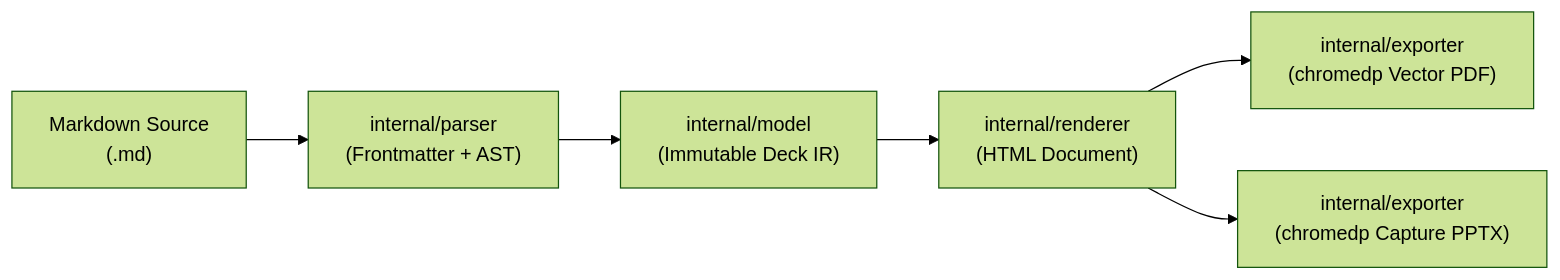
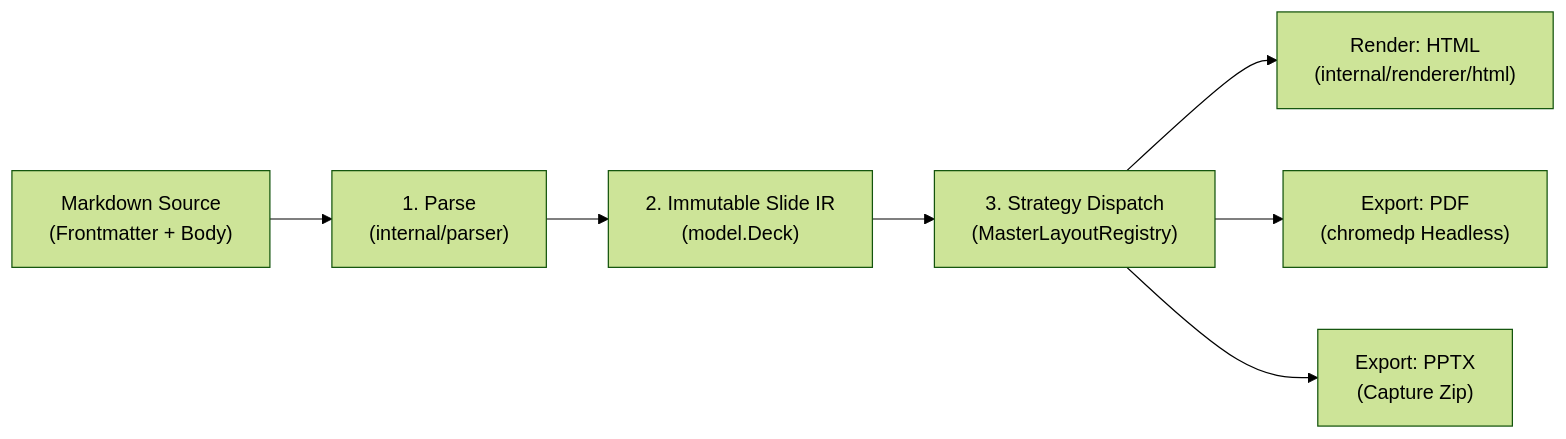
Before and after one commit to joincdream/goslide: the diagram in docs/okf/core-architecture.md, drawn with Mermaid (forest theme). The commit also changed other lines of this file and 19 other files, not shown here.

First line of the commit message:
feat(mermaid): implement responsive rendering, modern presentation theme, and KaTeX math support

````diff
--- a/docs/okf/core-architecture.md
+++ b/docs/okf/core-architecture.md
@@ -26,8 +23,9 @@
 ```mermaid
 flowchart LR
-    Source["Markdown Source\n(.md)"] --> Parser["internal/parser\n(Frontmatter + AST)"]
-    Parser --> Model["internal/model\n(Immutable Deck IR)"]
-    Model --> HTML["internal/renderer\n(HTML Document)"]
-    HTML --> PDF["internal/exporter\n(chromedp Vector PDF)"]
-    HTML --> PPTX["internal/exporter\n(chromedp Capture PPTX)"]
+    MD["Markdown Source\n(Frontmatter + Body)"] --> PARSE["1. Parse\n(internal/parser)"]
+    PARSE --> IR["2. Immutable Slide IR\n(model.Deck)"]
+    IR --> DISPATCH["3. Strategy Dispatch\n(MasterLayoutRegistry)"]
+    DISPATCH --> HTML["Render: HTML\n(internal/renderer/html)"]
+    DISPATCH --> PDF["Export: PDF\n(chromedp Headless)"]
+    DISPATCH --> PPTX["Export: PPTX\n(Capture Zip)"]
 ```
````
